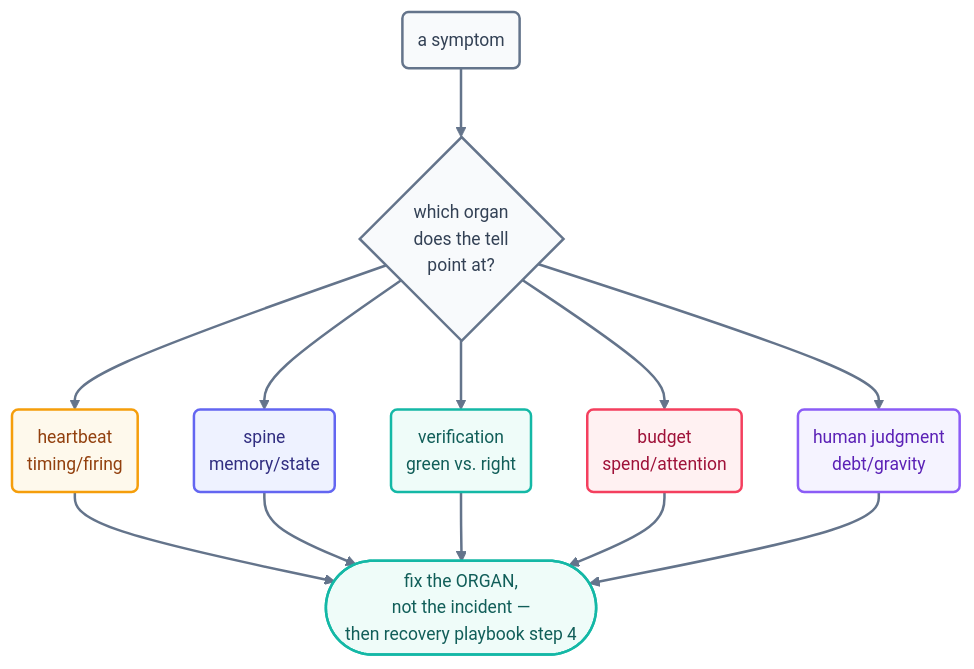
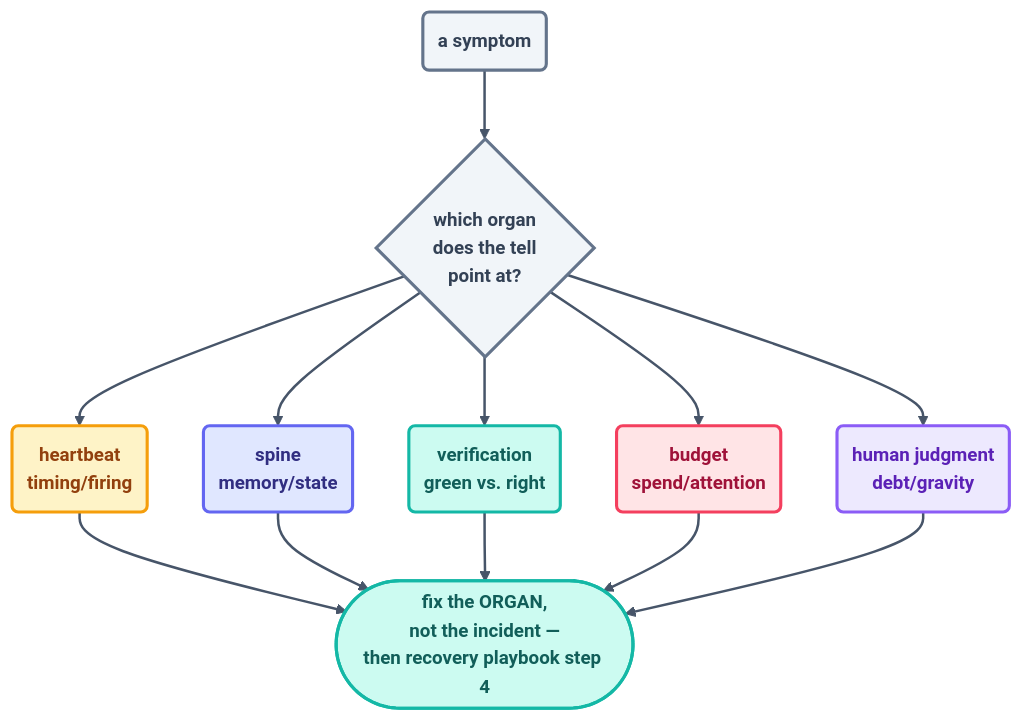
The diagram in docs/10-operating/failure-modes.md (ayeshakhalid192007-dev/LoopEngineering-CrashCourse), drawn with Mermaid before and after one commit. The commit also changed 66 other files, not shown here.

First line of the commit message:
docs(diagrams): visibly bolder pass — deeper fills, heavier strokes, semibold labels

````diff
--- a/docs/10-operating/failure-modes.md
+++ b/docs/10-operating/failure-modes.md
@@ -61,19 +61,19 @@
 ```mermaid
-%%{init: {'theme':'base','themeVariables':{'fontFamily':'ui-sans-serif, system-ui, sans-serif','fontSize':'14px','lineColor':'#64748b','edgeLabelBackground':'#f8fafc'},'flowchart':{'curve':'basis','nodeSpacing':45,'rankSpacing':55,'padding':12}}}%%
+%%{init: {'theme':'base','themeVariables':{'fontFamily':'ui-sans-serif, system-ui, sans-serif','fontSize':'15px','lineColor':'#475569','edgeLabelBackground':'#f8fafc'},'flowchart':{'curve':'basis','nodeSpacing':45,'rankSpacing':55,'padding':12}}}%%
 flowchart TD
     S("a symptom"):::q --> O{"which organ<br/>does the tell<br/>point at?"}:::q
     O --> HBt("heartbeat<br/>timing/firing"):::hb
     O --> SPt("spine<br/>memory/state"):::sp
     O --> VFt("verification<br/>green vs. right"):::vf
     O --> BGt("budget<br/>spend/attention"):::bg
     O --> HJt("human judgment<br/>debt/gravity"):::hj
     HBt & SPt & VFt & BGt & HJt --> FIX(["fix the ORGAN,<br/>not the incident —<br/>then recovery playbook step 4"]):::win
-    linkStyle default stroke:#64748b,stroke-width:2px;
-    classDef q fill:#f8fafc,stroke:#64748b,stroke-width:2px,color:#334155;
-    classDef hb fill:#fef9ec,stroke:#f59e0b,stroke-width:2px,color:#92400e;
-    classDef sp fill:#eef2ff,stroke:#6366f1,stroke-width:2px,color:#312e81;
-    classDef vf fill:#effcf9,stroke:#14b8a6,stroke-width:2px,color:#115e59;
-    classDef bg fill:#fff1f2,stroke:#f43f5e,stroke-width:2px,color:#9f1239;
-    classDef hj fill:#f5f3ff,stroke:#8b5cf6,stroke-width:2px,color:#5b21b6;
-    classDef win fill:#effcf9,stroke:#14b8a6,stroke-width:2px,color:#115e59;
+    linkStyle default stroke:#475569,stroke-width:2px;
+    classDef q fill:#f1f5f9,stroke:#64748b,stroke-width:2.5px,color:#334155,font-weight:600;
+    classDef hb fill:#fef3c7,stroke:#f59e0b,stroke-width:2.5px,color:#92400e,font-weight:600;
+    classDef sp fill:#e0e7ff,stroke:#6366f1,stroke-width:2.5px,color:#312e81,font-weight:600;
+    classDef vf fill:#ccfbf1,stroke:#14b8a6,stroke-width:2.5px,color:#115e59,font-weight:600;
+    classDef bg fill:#ffe4e6,stroke:#f43f5e,stroke-width:2.5px,color:#9f1239,font-weight:600;
+    classDef hj fill:#ede9fe,stroke:#8b5cf6,stroke-width:2.5px,color:#5b21b6,font-weight:600;
+    classDef win fill:#ccfbf1,stroke:#14b8a6,stroke-width:2.5px,color:#115e59,font-weight:600;
 ```
````
